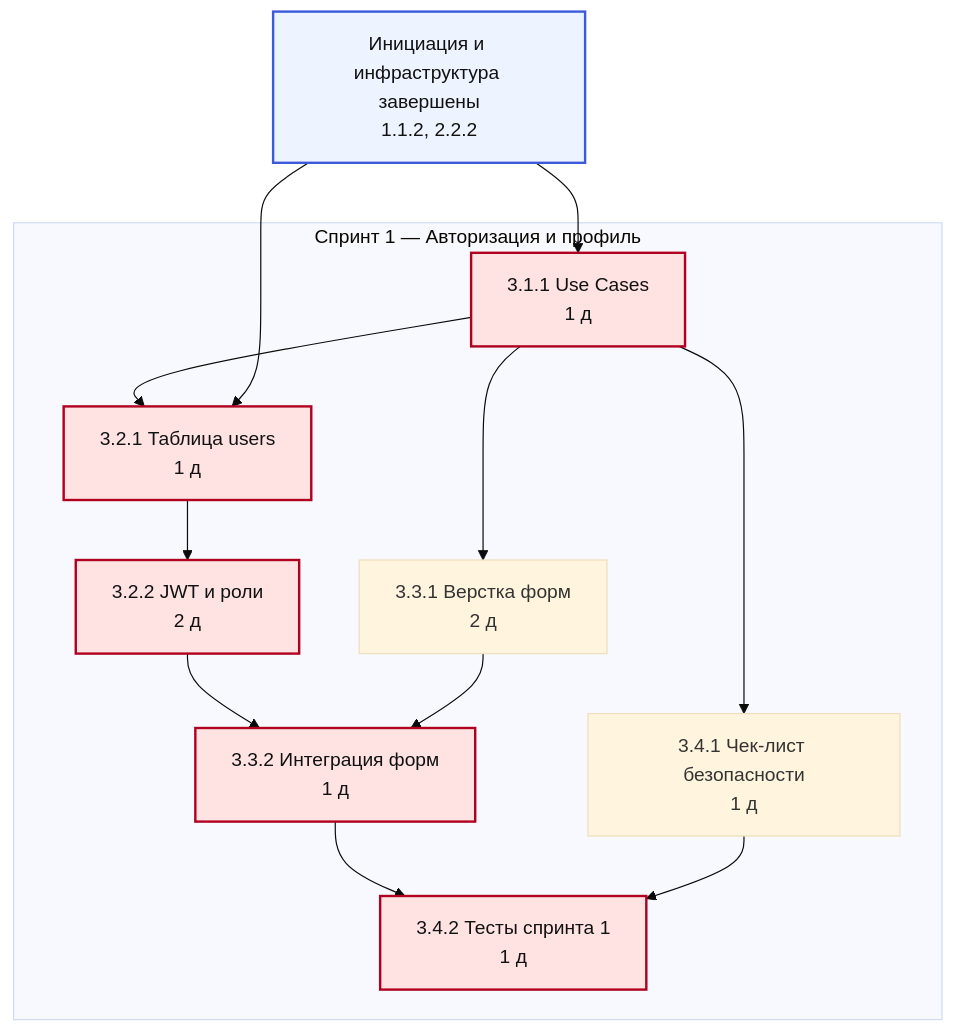
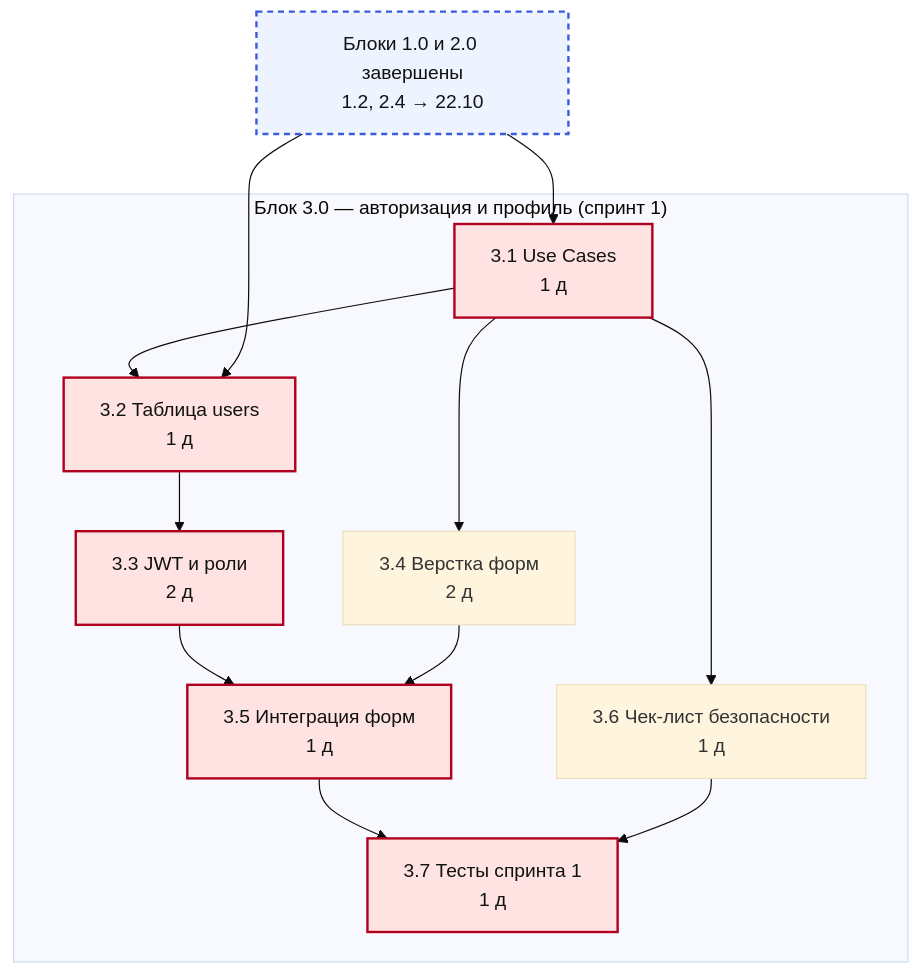
Before and after one commit to xlazyone/bileton: the second of 6 diagrams in docs/labs/lab-06-schedule.md, drawn with Mermaid (base theme). The commit also changed other lines of this file and 2 other files, not shown here.

````diff
--- a/docs/labs/lab-06-schedule.md
+++ b/docs/labs/lab-06-schedule.md
@@ -137,26 +146,26 @@
 ```mermaid
 flowchart TB
     classDef crit fill:#ffe3e3,stroke:#b00020,stroke-width:2px,color:#111;
-    classDef gate fill:#eef4ff,stroke:#3b5bdb,stroke-width:2px,color:#111;
-    tstart["Инициация и инфраструктура завершены<br/>1.1.2, 2.2.2"]:::gate
-    subgraph tg2["Спринт 1 — Авторизация и профиль"]
-        t311["3.1.1 Use Cases<br/>1 д"]
-        t321["3.2.1 Таблица users<br/>1 д"]
-        t322["3.2.2 JWT и роли<br/>2 д"]
-        t331["3.3.1 Верстка форм<br/>2 д"]
-        t332["3.3.2 Интеграция форм<br/>1 д"]
-        t341["3.4.1 Чек-лист безопасности<br/>1 д"]
-        t342["3.4.2 Тесты спринта 1<br/>1 д"]
+    classDef gate fill:#eef4ff,stroke:#3b5bdb,stroke-width:2px,stroke-dasharray: 5 4,color:#111;
+    tgstart["Блоки 1.0 и 2.0 завершены<br/>1.2, 2.4 → 22.10"]:::gate
+    subgraph tg0["Блок 3.0 — авторизация и профиль (спринт 1)"]
+        t3_1["3.1 Use Cases<br/>1 д"]
+        t3_2["3.2 Таблица users<br/>1 д"]
+        t3_3["3.3 JWT и роли<br/>2 д"]
+        t3_4["3.4 Верстка форм<br/>2 д"]
+        t3_5["3.5 Интеграция форм<br/>1 д"]
+        t3_6["3.6 Чек-лист безопасности<br/>1 д"]
+        t3_7["3.7 Тесты спринта 1<br/>1 д"]
     end
-    tstart --> t311
-    t311 --> t321
-    tstart --> t321
-    t321 --> t322
-    t311 --> t331
-    t322 --> t332
-    t331 --> t332
-    t311 --> t341
-    t332 --> t342
-    t341 --> t342
-    class t311,t321,t322,t332,t342 crit;
+    tgstart --> t3_1
+    t3_1 --> t3_2
+    tgstart --> t3_2
+    t3_2 --> t3_3
+    t3_1 --> t3_4
+    t3_3 --> t3_5
+    t3_4 --> t3_5
+    t3_1 --> t3_6
+    t3_5 --> t3_7
+    t3_6 --> t3_7
+    class t3_1,t3_2,t3_3,t3_5,t3_7 crit;
 ```
````
